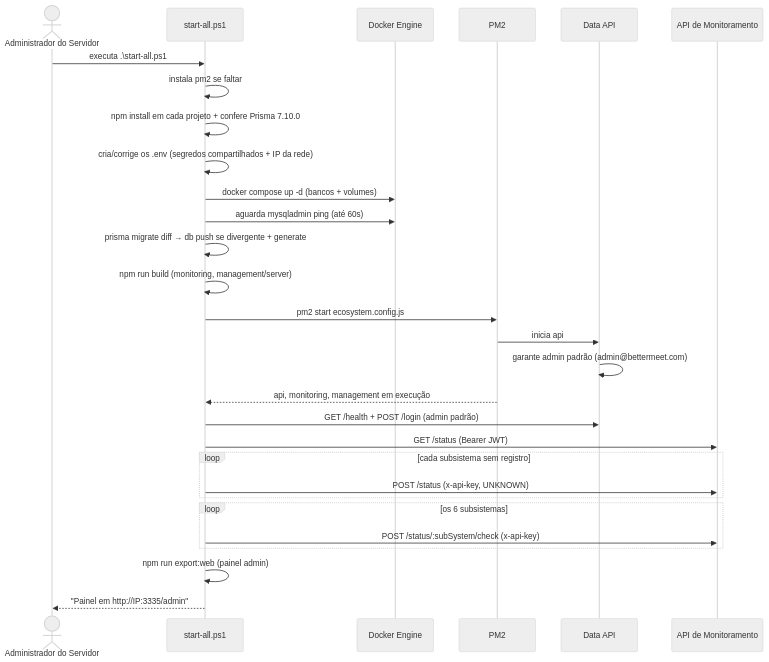
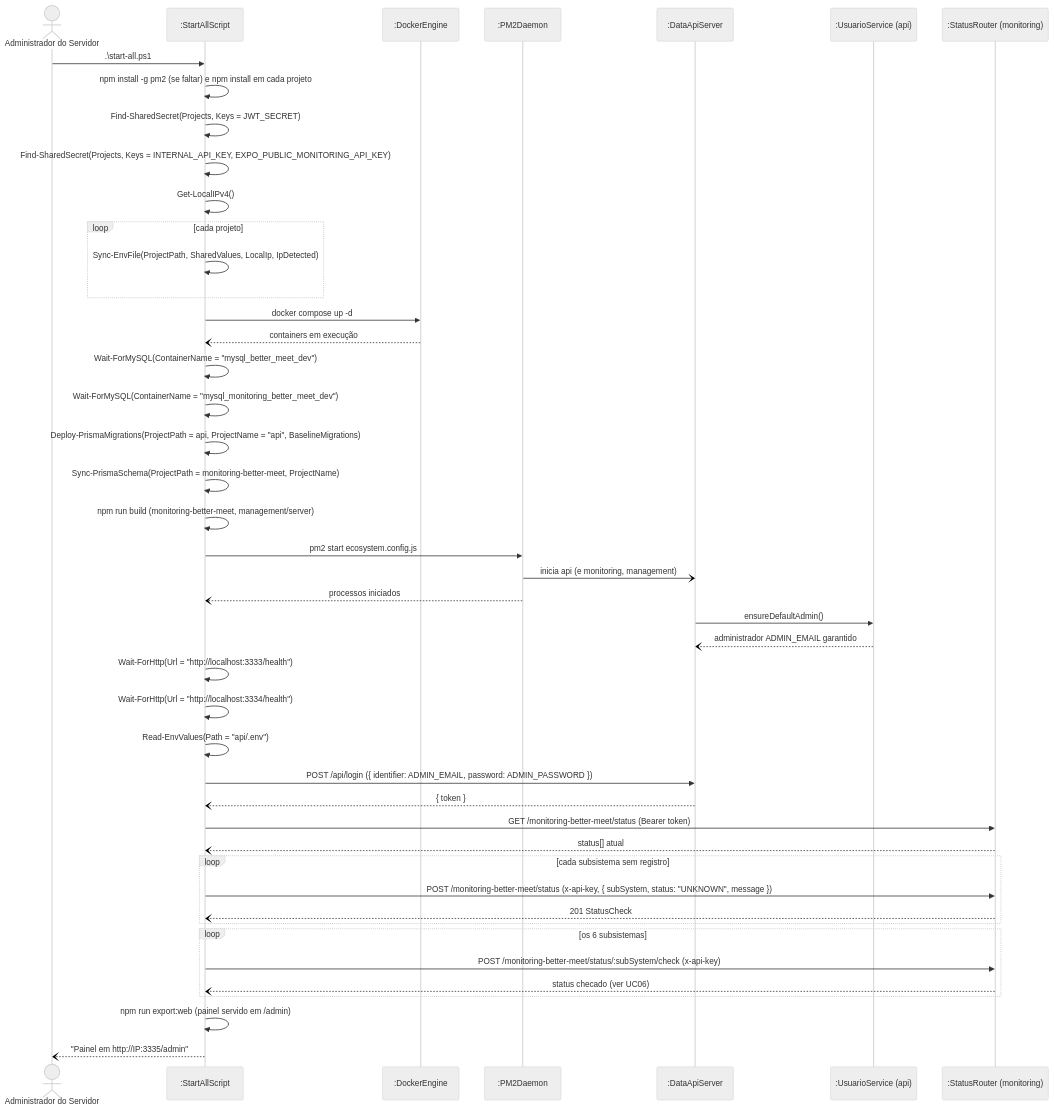
One commit to MiguelIFSP/BRTPDS2-PROJETO-E-DESENVOLVIMENTO-DE-SISTEMAS-2 changed diagram 11 of 17 in documentos/entrega2_Di1/requisitos_e_casos_de_uso.md. Above: the diagram before and after it, drawn with Mermaid (neutral theme). The commit also changed other lines of this file and 7 other files, not shown here.

````diff
--- a/documentos/entrega2_Di1/requisitos_e_casos_de_uso.md
+++ b/documentos/entrega2_Di1/requisitos_e_casos_de_uso.md
@@ -538,32 +684,48 @@
 ```mermaid
 sequenceDiagram
     actor Adm as Administrador do Servidor
-    participant Script as start-all.ps1
-    participant Docker as Docker Engine
-    participant PM2 as PM2
-    participant Api as Data API
-    participant Mon as API de Monitoramento
+    participant SA as :StartAllScript
+    participant Docker as :DockerEngine
+    participant PM2 as :PM2Daemon
+    participant Api as :DataApiServer
+    participant US as :UsuarioService (api)
+    participant Mon as :StatusRouter (monitoring)
 
-    Adm->>Script: executa .\start-all.ps1
-    Script->>Script: instala pm2 se faltar
-    Script->>Script: npm install em cada projeto + confere Prisma 7.10.0
-    Script->>Script: cria/corrige os .env (segredos compartilhados + IP da rede)
-    Script->>Docker: docker compose up -d (bancos + volumes)
-    Script->>Docker: aguarda mysqladmin ping (até 60s)
-    Script->>Script: prisma migrate diff → db push se divergente + generate
-    Script->>Script: npm run build (monitoring, management/server)
-    Script->>PM2: pm2 start ecosystem.config.js
-    PM2->>Api: inicia api
-    Api->>Api: garante admin padrão (admin@bettermeet.com)
-    PM2-->>Script: api, monitoring, management em execução
-    Script->>Api: GET /health + POST /login (admin padrão)
-    Script->>Mon: GET /status (Bearer JWT)
+    Adm->>SA: .\start-all.ps1
+    SA->>SA: npm install -g pm2 (se faltar) e npm install em cada projeto
+    SA->>SA: Find-SharedSecret(Projects, Keys = JWT_SECRET)
+    SA->>SA: Find-SharedSecret(Projects, Keys = INTERNAL_API_KEY, EXPO_PUBLIC_MONITORING_API_KEY)
+    SA->>SA: Get-LocalIPv4()
+    loop cada projeto
+        SA->>SA: Sync-EnvFile(ProjectPath, SharedValues, LocalIp, IpDetected)
+    end
+    SA->>Docker: docker compose up -d
+    Docker--)SA: containers em execução
+    SA->>SA: Wait-ForMySQL(ContainerName = "mysql_better_meet_dev")
+    SA->>SA: Wait-ForMySQL(ContainerName = "mysql_monitoring_better_meet_dev")
+    SA->>SA: Deploy-PrismaMigrations(ProjectPath = api, ProjectName = "api", BaselineMigrations)
+    SA->>SA: Sync-PrismaSchema(ProjectPath = monitoring-better-meet, ProjectName)
+    SA->>SA: npm run build (monitoring-better-meet, management/server)
+    SA->>PM2: pm2 start ecosystem.config.js
+    PM2-)Api: inicia api (e monitoring, management)
+    PM2--)SA: processos iniciados
+    Api->>US: ensureDefaultAdmin()
+    US--)Api: administrador ADMIN_EMAIL garantido
+    SA->>SA: Wait-ForHttp(Url = "http://localhost:3333/health")
+    SA->>SA: Wait-ForHttp(Url = "http://localhost:3334/health")
+    SA->>SA: Read-EnvValues(Path = "api/.env")
+    SA->>Api: POST /api/login ({ identifier: ADMIN_EMAIL, password: ADMIN_PASSWORD })
+    Api--)SA: { token }
+    SA->>Mon: GET /monitoring-better-meet/status (Bearer token)
+    Mon--)SA: status[] atual
     loop cada subsistema sem registro
-        Script->>Mon: POST /status (x-api-key, UNKNOWN)
+        SA->>Mon: POST /monitoring-better-meet/status (x-api-key, { subSystem, status: "UNKNOWN", message })
+        Mon--)SA: 201 StatusCheck
     end
     loop os 6 subsistemas
-        Script->>Mon: POST /status/:subSystem/check (x-api-key)
+        SA->>Mon: POST /monitoring-better-meet/status/:subSystem/check (x-api-key)
+        Mon--)SA: status checado (ver UC06)
     end
-    Script->>Script: npm run export:web (painel admin)
-    Script-->>Adm: "Painel em http://IP:3335/admin"
+    SA->>SA: npm run export:web (painel servido em /admin)
+    SA--)Adm: "Painel em http://IP:3335/admin"
 ```
````
